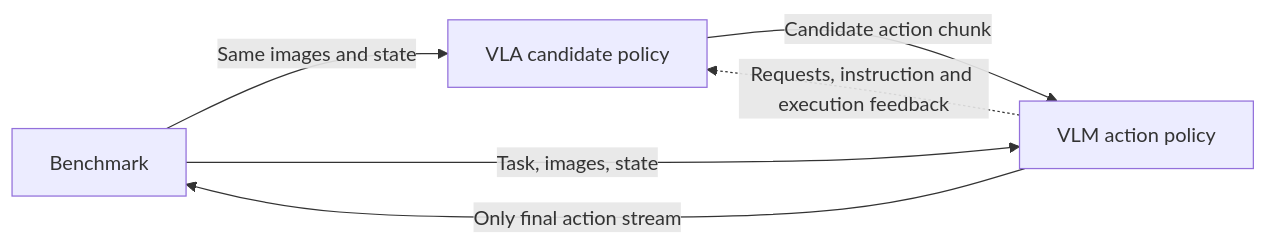
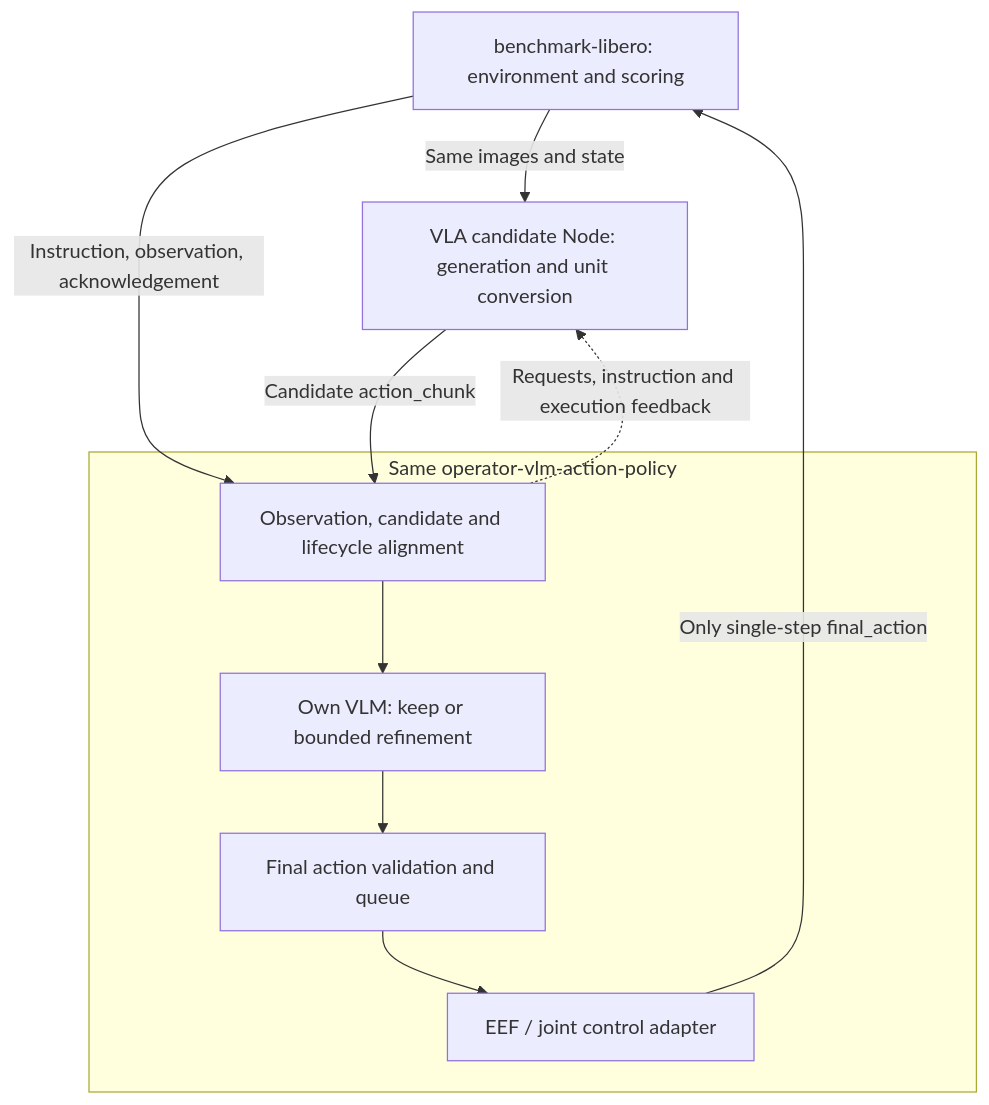
One commit to PhyAgentOS/operator-vlm-action-policy changed the third of 4 diagrams in docs/DESIGN.md. Above: the diagram before and after it, drawn with Mermaid. The commit also changed other lines of this file and 3 other files, not shown here.

Commit message:
Clarify policy architecture and observation-to-action dataflow

````diff
--- a/docs/DESIGN.md
+++ b/docs/DESIGN.md
@@ -40,8 +79,15 @@
 ```mermaid
-flowchart LR
-    benchmark["Benchmark"] -->|"Same images and state"| vla["VLA candidate policy"]
-    benchmark -->|"Task, images, state"| vlm["VLM action policy"]
-    vla -->|"Candidate action chunk"| vlm
-    vlm -->|"Only final action stream"| benchmark
-    vlm -.->|"Requests, instruction and execution feedback"| vla
+flowchart TB
+    benchmark["benchmark-libero: environment and scoring"]
+    vla["VLA candidate Node: generation and unit conversion"]
+    subgraph finalNode["Same operator-vlm-action-policy"]
+        align["Observation, candidate and lifecycle alignment"] --> decision["Own VLM: keep or bounded refinement"]
+        decision --> queue["Final action validation and queue"]
+        queue --> adapter["EEF / joint control adapter"]
+    end
+    benchmark -->|"Same images and state"| vla
+    benchmark -->|"Instruction, observation, acknowledgement"| align
+    vla -->|"Candidate action_chunk"| align
+    align -.->|"Requests, instruction and execution feedback"| vla
+    adapter -->|"Only single-step final_action"| benchmark
 ```
````
